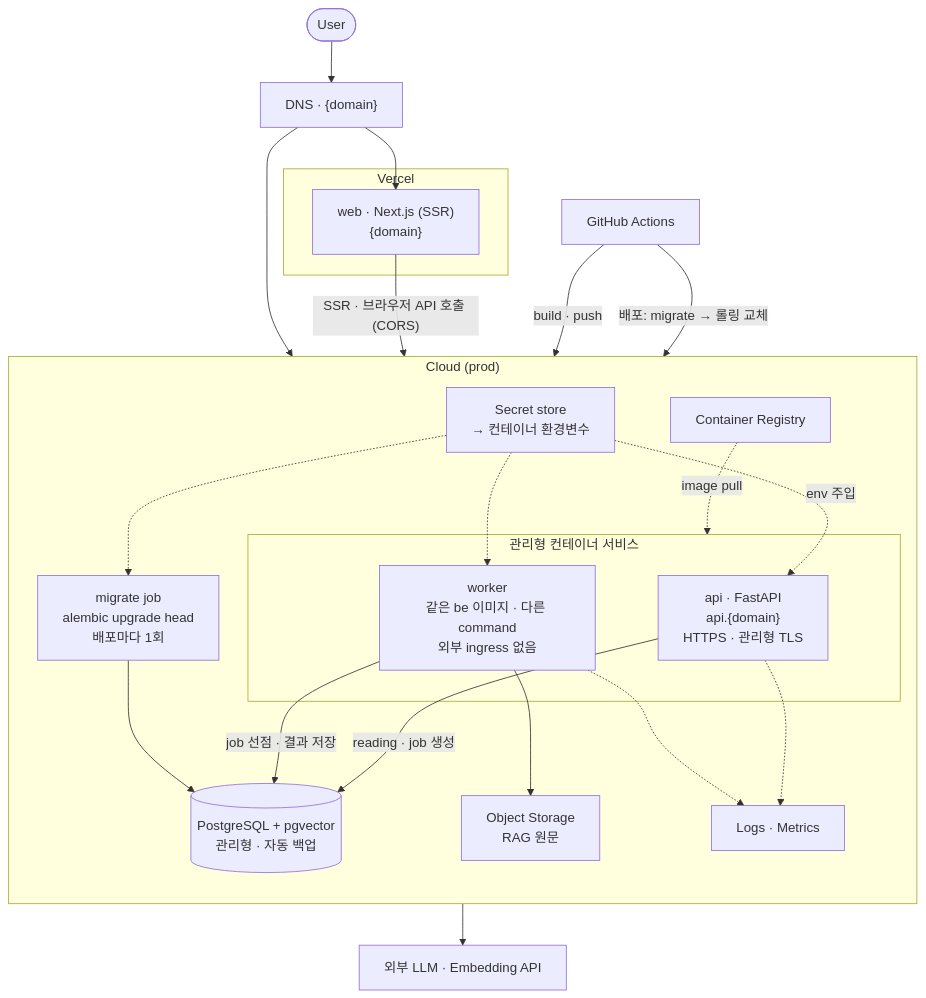
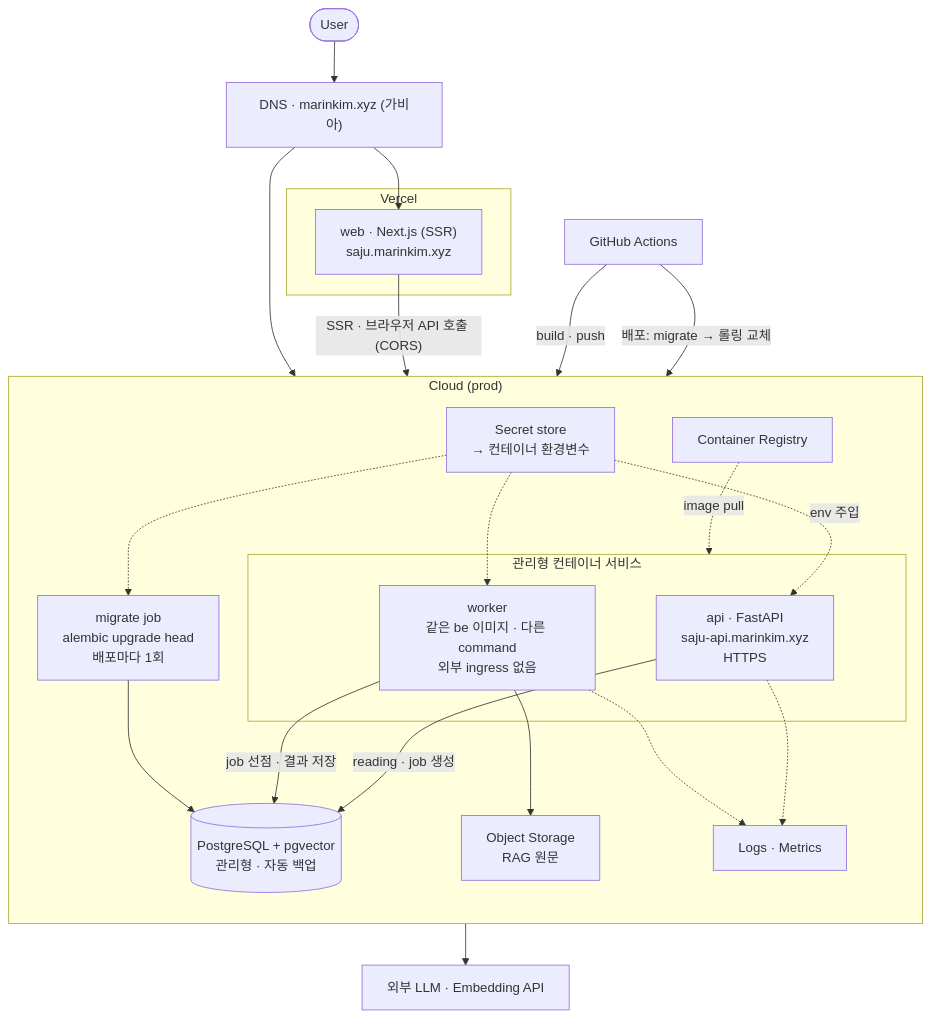
Before and after one commit to Dae-Jeong/k-saju: the first of 2 diagrams in docs/architecture/infra.md, drawn with Mermaid. The commit also changed other lines of this file and 2 other files, not shown here.

Commit message:
docs,ci: set domains (saju.marinkim.xyz web, saju-api.marinkim.xyz api)

````diff
--- a/docs/architecture/infra.md
+++ b/docs/architecture/infra.md
@@ -19,44 +19,44 @@
 ```mermaid
 flowchart TB
     User(["User"])
-    DNS["DNS · {domain}"]
+    DNS["DNS · marinkim.xyz (가비아)"]
 
     subgraph Vercel["Vercel"]
-        Web["web · Next.js (SSR)<br/>{domain}"]
+        Web["web · Next.js (SSR)<br/>saju.marinkim.xyz"]
     end
 
     subgraph Cloud["Cloud (prod)"]
         direction TB
         subgraph Run["관리형 컨테이너 서비스"]
-            Api["api · FastAPI<br/>api.{domain}<br/>HTTPS · 관리형 TLS"]
+            Api["api · FastAPI<br/>saju-api.marinkim.xyz<br/>HTTPS"]
             Worker["worker<br/>같은 be 이미지 · 다른 command<br/>외부 ingress 없음"]
         end
         Migrate["migrate job<br/>alembic upgrade head<br/>배포마다 1회"]
         DB[("PostgreSQL + pgvector<br/>관리형 · 자동 백업")]
         Secrets["Secret store<br/>→ 컨테이너 환경변수"]
         Registry["Container Registry"]
         Storage["Object Storage<br/>RAG 원문"]
         Logs["Logs · Metrics"]
     end
 
     LLM["외부 LLM · Embedding API"]
     GH["GitHub Actions"]
 
     User --> DNS
     DNS --> Web
     DNS --> Api
     Web -->|"SSR · 브라우저 API 호출 (CORS)"| Api
     Api -->|"reading · job 생성"| DB
     Worker -->|"job 선점 · 결과 저장"| DB
     Worker --> LLM
     Worker --> Storage
     Migrate --> DB
     Secrets -.->|"env 주입"| Api
     Secrets -.-> Worker
     Secrets -.-> Migrate
     Registry -.->|"image pull"| Run
     Api -.-> Logs
     Worker -.-> Logs
     GH -->|"build · push"| Registry
     GH -->|"배포: migrate → 롤링 교체"| Migrate
 ```
````
